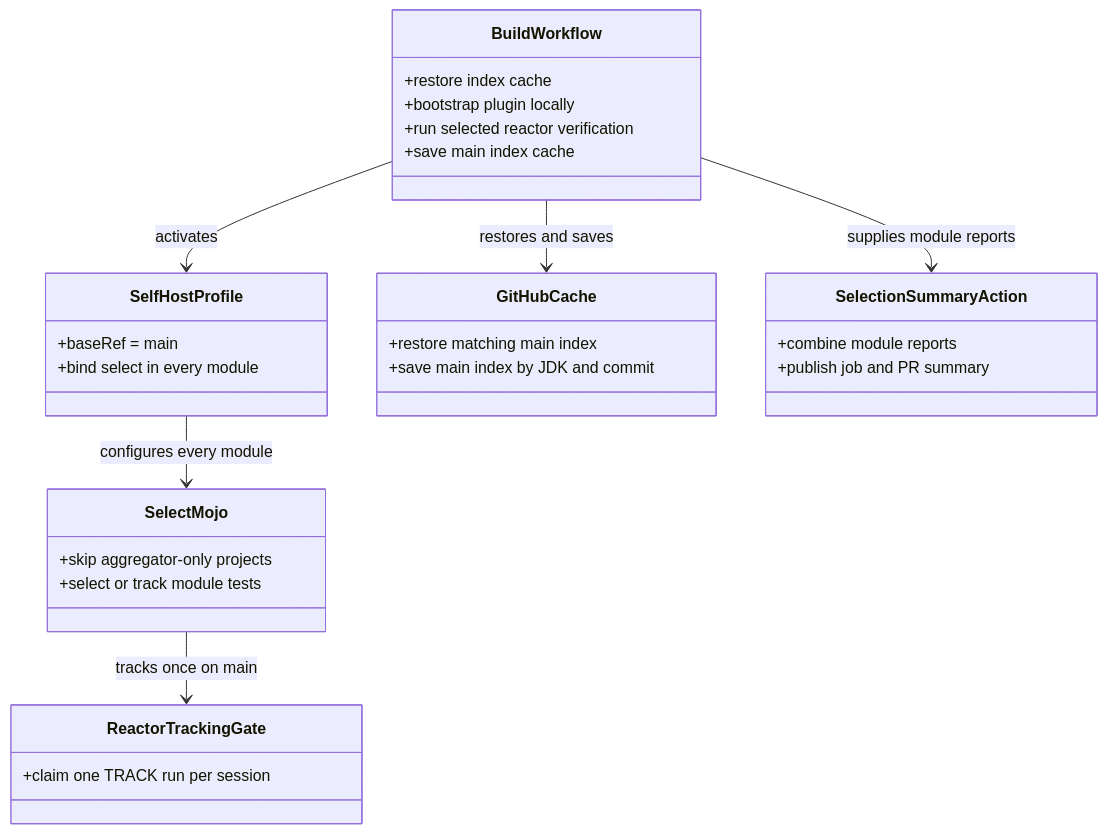
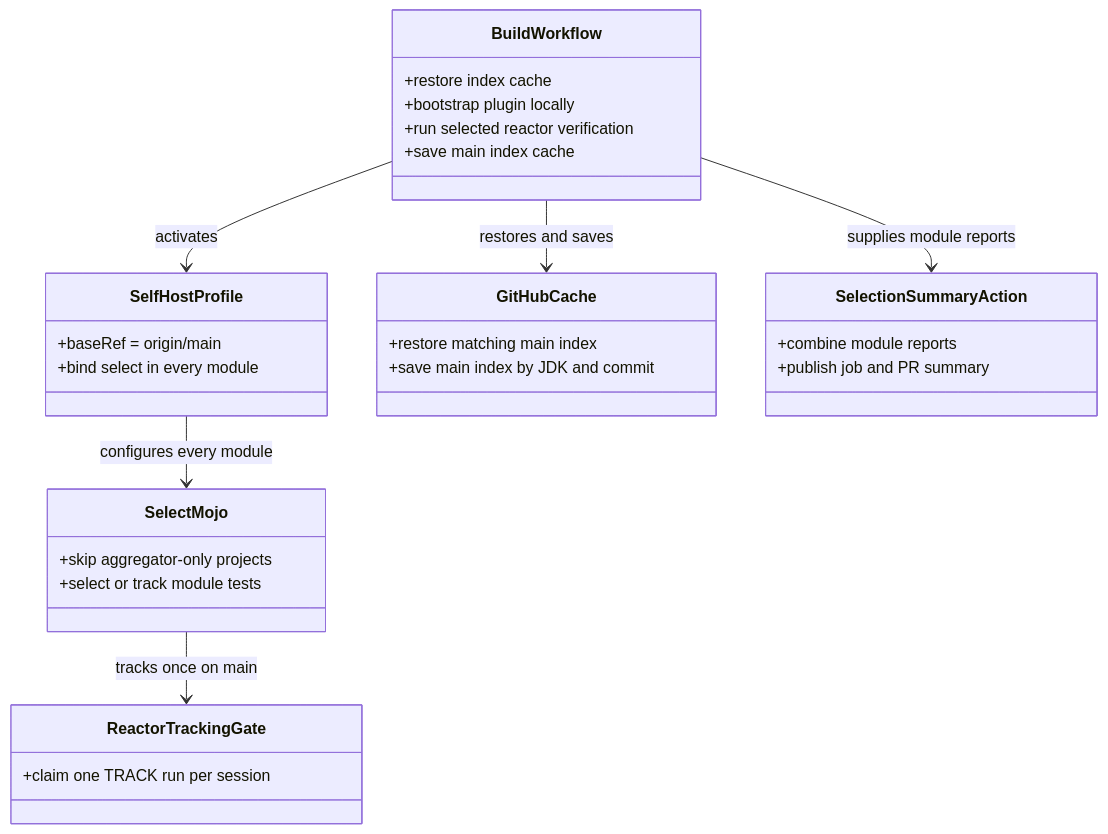
One commit to baokhang83/blastradius changed the first of 2 diagrams in docs/fluencyloop/features/self-host-blastradius-test-selection-in-ci/design.md. Above: the diagram before and after it, drawn with Mermaid. The commit also changed 1 other file, not shown here.

Commit message:
ci: resolve the remote main ref

````diff
--- a/docs/fluencyloop/features/self-host-blastradius-test-selection-in-ci/design.md
+++ b/docs/fluencyloop/features/self-host-blastradius-test-selection-in-ci/design.md
@@ -7,33 +7,33 @@
 ```mermaid
 classDiagram
   class BuildWorkflow {
     +restore index cache
     +bootstrap plugin locally
     +run selected reactor verification
     +save main index cache
   }
   class SelfHostProfile {
-    +baseRef = main
+    +baseRef = origin/main
     +bind select in every module
   }
   class SelectMojo {
     +skip aggregator-only projects
     +select or track module tests
   }
   class ReactorTrackingGate {
     +claim one TRACK run per session
   }
   class GitHubCache {
     +restore matching main index
     +save main index by JDK and commit
   }
   class SelectionSummaryAction {
     +combine module reports
     +publish job and PR summary
   }
   BuildWorkflow --> GitHubCache : restores and saves
   BuildWorkflow --> SelectionSummaryAction : supplies module reports
   BuildWorkflow --> SelfHostProfile : activates
   SelfHostProfile --> SelectMojo : configures every module
   SelectMojo --> ReactorTrackingGate : tracks once on main
 ```
````
